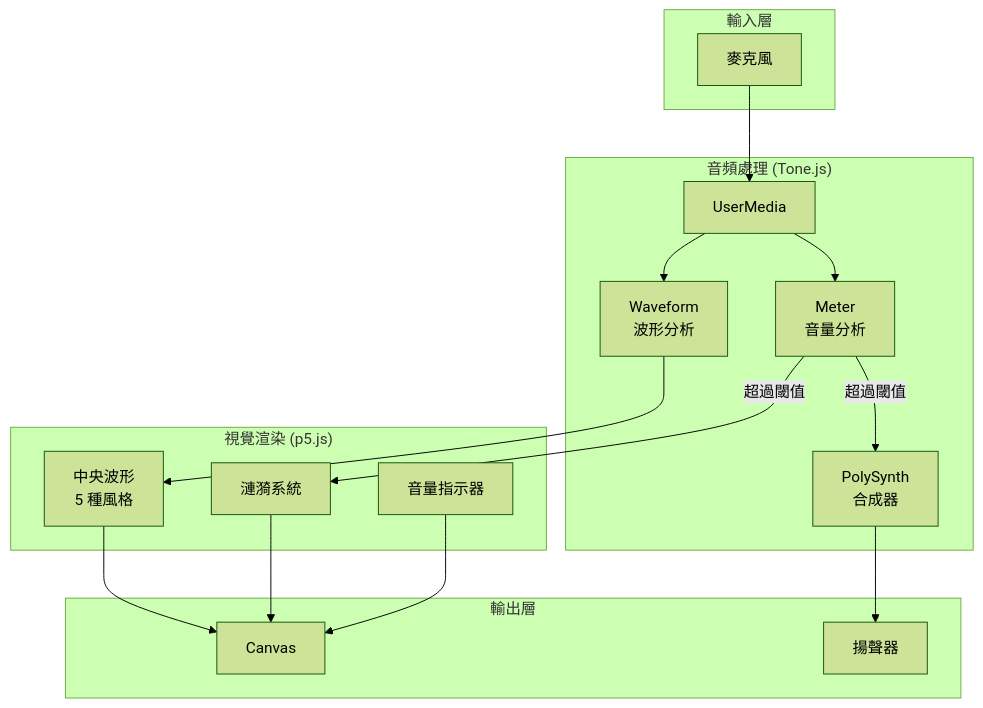
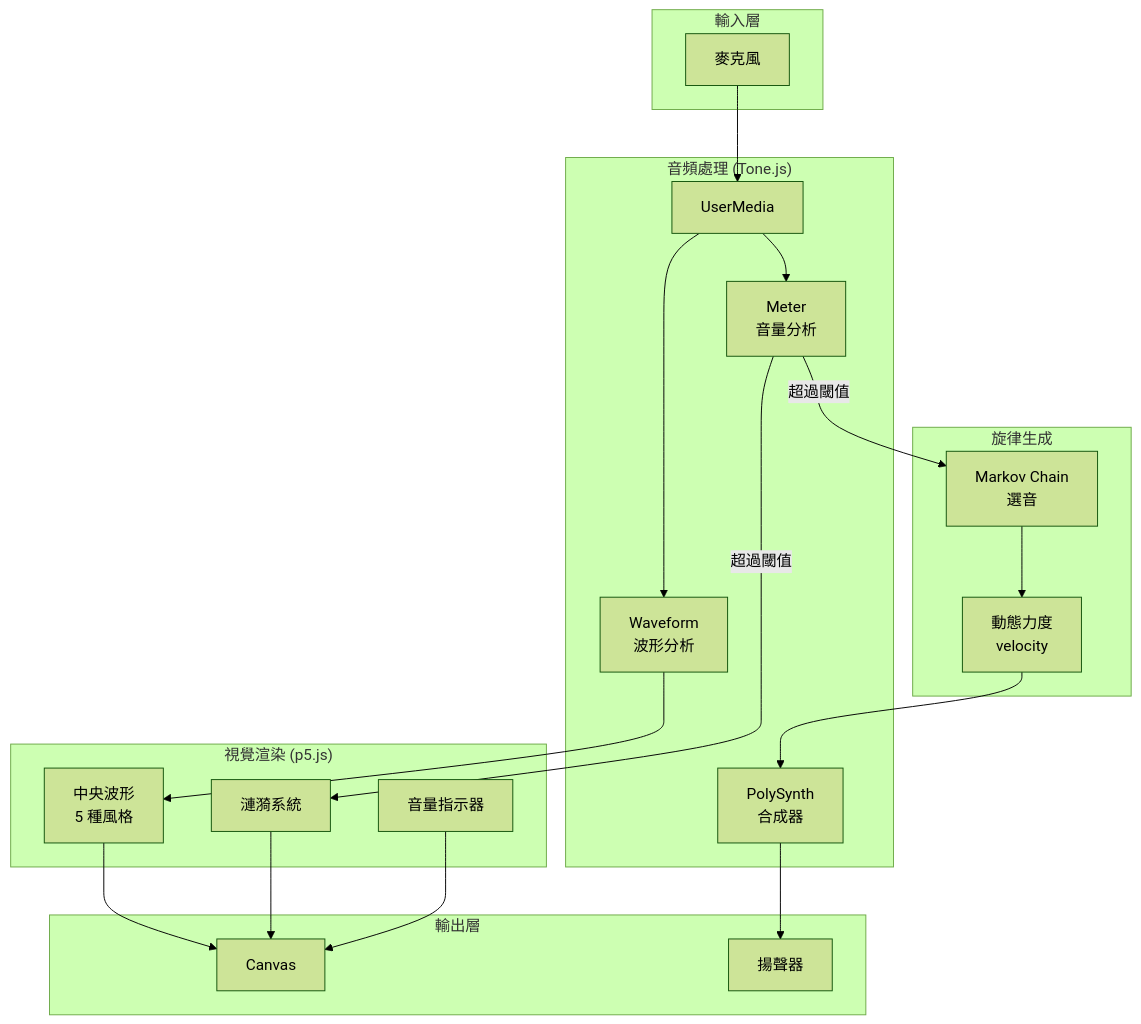
Before and after one commit to tznthou/day-09-voice-ripple: the first of 4 diagrams in README.md, drawn with Mermaid (forest theme). The commit also changed other lines of this file and 7 other files, not shown here.

First line of the commit message:
refactor: 模組化架構 + Markov Chain 旋律生成

````diff
--- a/README.md
+++ b/README.md
@@ -17,35 +17,42 @@
 ```mermaid
 graph TB
     subgraph Input["輸入層"]
         MIC[麥克風]
     end
 
     subgraph Audio["音頻處理 (Tone.js)"]
         UM[UserMedia]
         METER[Meter<br/>音量分析]
         WF[Waveform<br/>波形分析]
         SYNTH[PolySynth<br/>合成器]
+    end
+
+    subgraph Melody["旋律生成"]
+        MARKOV[Markov Chain<br/>選音]
+        DYNAMICS[動態力度<br/>velocity]
     end
 
     subgraph Visual["視覺渲染 (p5.js)"]
         WAVE[中央波形<br/>5 種風格]
         RIPPLE[漣漪系統]
         VOL[音量指示器]
     end
 
     subgraph Output["輸出層"]
         CANVAS[Canvas]
         SPEAKER[揚聲器]
     end
 
     MIC --> UM
     UM --> METER
     UM --> WF
-    METER -->|超過閾值| SYNTH
+    METER -->|超過閾值| MARKOV
+    MARKOV --> DYNAMICS
+    DYNAMICS --> SYNTH
     METER -->|超過閾值| RIPPLE
     WF --> WAVE
     SYNTH --> SPEAKER
     WAVE --> CANVAS
     RIPPLE --> CANVAS
     VOL --> CANVAS
 ```
````
